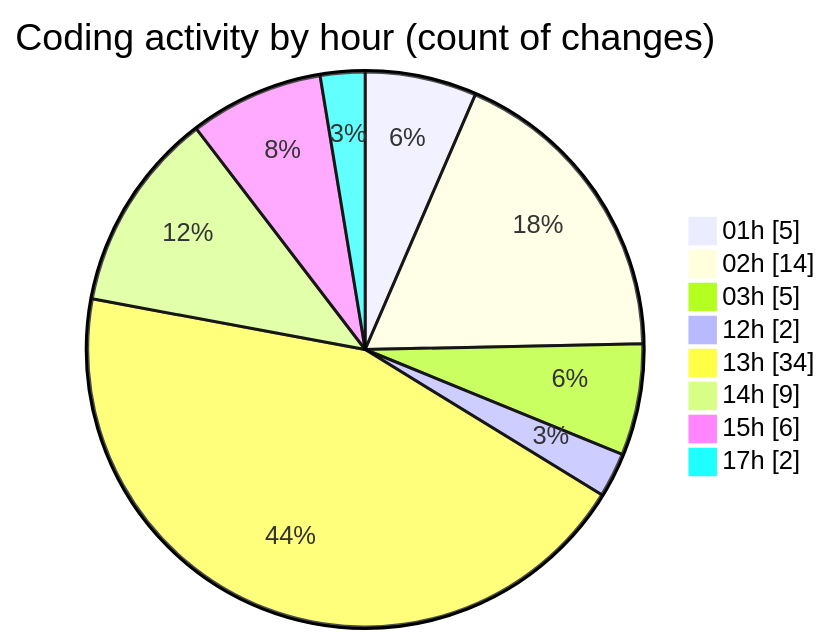
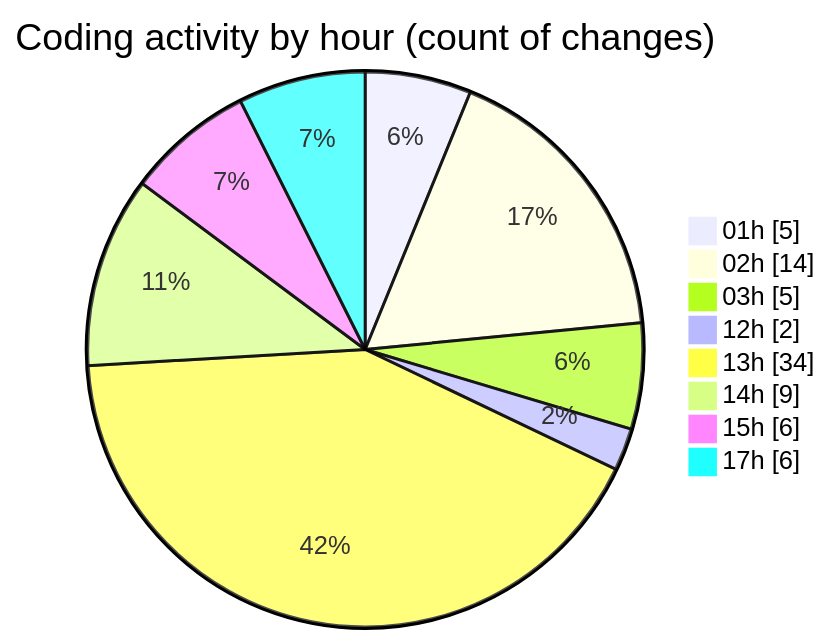
One commit to julien-gomy/code-tracking changed the second of 2 diagrams in 2025-10-23/eventscop-frontend-guide__workspace_/README.md. Above: the diagram before and after it, drawn with Mermaid. The commit also changed other lines of this file and 1 other file, not shown here.

````diff
--- a/2025-10-23/eventscop-frontend-guide__workspace_/README.md
+++ b/2025-10-23/eventscop-frontend-guide__workspace_/README.md
@@ -47,12 +47,12 @@
 ```mermaid
 pie showData
 title Coding activity by hour (count of changes)
 "01h" : 5
 "02h" : 14
 "03h" : 5
 "12h" : 2
 "13h" : 34
 "14h" : 9
 "15h" : 6
-"17h" : 2
+"17h" : 6
 ```
````
